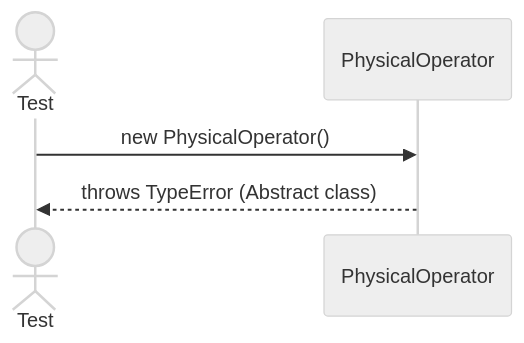
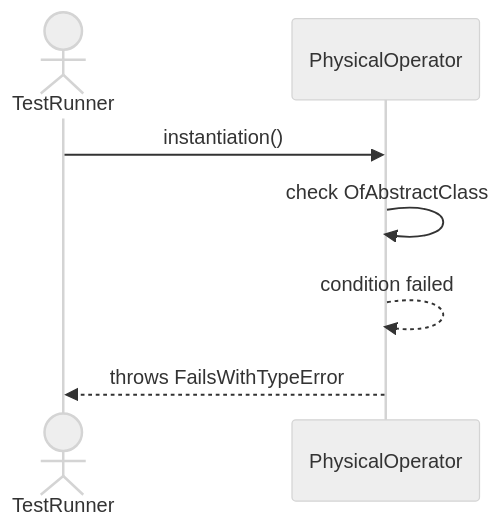
The diagram in Sequences/QueryProcessor/PhysicalOperator.md (TamBui1706/DBMS), drawn with Mermaid (neutral theme) before and after one commit. The commit also changed other lines of this file and 63 other files, not shown here.

Commit message:
Draw sequence diagram for unit tests

````diff
--- a/Sequences/QueryProcessor/PhysicalOperator.md
+++ b/Sequences/QueryProcessor/PhysicalOperator.md
@@ -7,8 +14,9 @@
 ```mermaid
 sequenceDiagram
-    actor Test
+    actor TestRunner
     participant PhysicalOperator
-
-    Test->>PhysicalOperator: new PhysicalOperator()
-    PhysicalOperator-->>Test: throws TypeError (Abstract class)
+    TestRunner->>PhysicalOperator: instantiation()
+    PhysicalOperator->>PhysicalOperator: check OfAbstractClass
+    PhysicalOperator-->>PhysicalOperator: condition failed
+    PhysicalOperator-->>TestRunner: throws FailsWithTypeError
 ```
````
